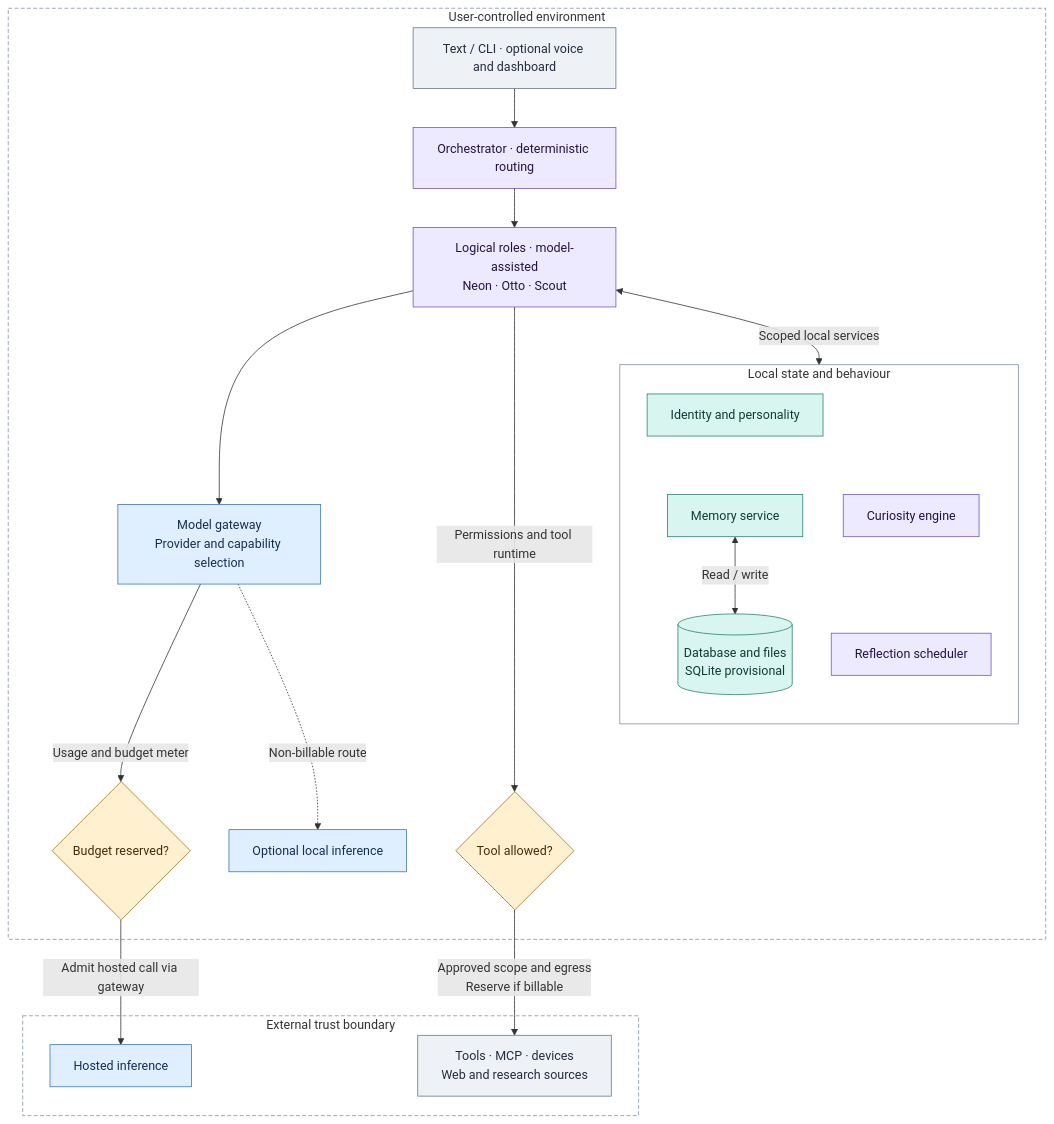
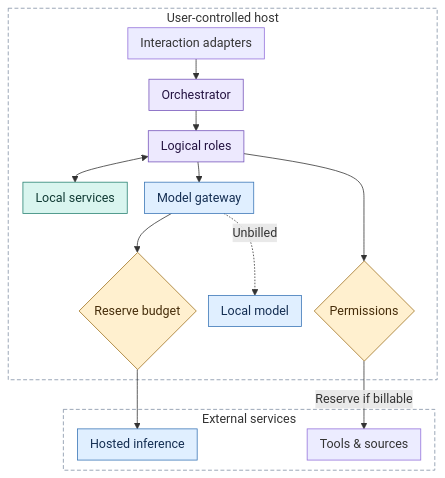
The first of 3 diagrams in docs/ARCHITECTURE.md (nsusheel/Bunny.ai), drawn with Mermaid before and after one commit. The commit also changed other lines of this file and 6 other files, not shown here.

Commit message:
docs: refine architecture visual design and reduce diagram density (#4)

````diff
--- a/docs/ARCHITECTURE.md
+++ b/docs/ARCHITECTURE.md
@@ -26,51 +26,39 @@
 ```mermaid
+---
+config:
+  flowchart:
+    nodeSpacing: 16
+    rankSpacing: 26
+    padding: 8
+    subGraphTitleMargin:
+      bottom: 12
+---
 flowchart TB
     accTitle: Proposed Bunny component architecture
-    accDescr: On the user-controlled host, interaction adapters reach the orchestrator and logical roles. Local services hold context and schedule reflection. Hosted inference needs a budget reservation. External tools and research need permission checks and a reservation when billable.
-    subgraph Local["User-controlled environment"]
-        UI["Text / CLI · optional voice and dashboard"]
-        ORCH["Orchestrator · deterministic routing"]
-        Roles["Logical roles · model-assisted<br/>Neon · Otto · Scout"]
-        subgraph Context["Local state and behaviour"]
-            direction TB
-            Identity["Identity and personality"]
-            Memory["Memory service"]
-            Store[("Database and files<br/>SQLite provisional")]
-            Curiosity["Curiosity engine"]
-            Reflection["Reflection scheduler"]
-            Identity ~~~ Memory
-            Memory <-->|"Read / write"| Store
-            Curiosity ~~~ Reflection
-        end
-        Gateway["Model gateway<br/>Provider and capability selection"]
-        Budget{"Budget reserved?"}
-        Perm{"Tool allowed?"}
-        LocalModel["Optional local inference"]
-        UI --> ORCH --> Roles
-        Roles <-->|"Scoped local services"| Context
-        Roles --> Gateway
-        Roles -->|"Permissions and tool runtime"| Perm
-        Gateway -->|"Usage and budget meter"| Budget
-        Gateway -.->|"Non-billable route"| LocalModel
+    accDescr: Interaction adapters reach deterministic routing and the logical roles. Identity, memory, curiosity and reflection stay on the user-controlled host. Roles use the model gateway and permission runtime. Hosted inference requires a budget reservation. Tool calls require permission, any required approval, and a reservation when billable.
+    subgraph Local["User-controlled host"]
+        UI["Interaction adapters"] --> Core["Orchestrator"] --> Roles["Logical roles"]
+        Roles <--> Context["Local services"]
+        Roles --> G["Model gateway"]
+        Roles --> P{"Permissions"}
+        G -.->|Unbilled| LM["Local model"]
+        G --> B{"Reserve budget"}
     end
-    subgraph Outside["External trust boundary"]
-        Hosted["Hosted inference"]
-        Tools["Tools · MCP · devices<br/>Web and research sources"]
+    subgraph External["External services"]
+        H["Hosted inference"]
+        T["Tools &amp; sources"]
     end
-    Budget -->|"Admit hosted call via gateway"| Hosted
-    Perm -->|"Approved scope and egress<br/>Reserve if billable"| Tools
+    B --> H
+    P -->|Reserve if billable| T
 
     classDef core fill:#ede9fe,stroke:#7554ba,color:#241341
     classDef state fill:#d9f5ef,stroke:#268171,color:#103a34
     classDef model fill:#e0efff,stroke:#3975b6,color:#142e52
     classDef gate fill:#fff0cf,stroke:#9d701d,color:#462d0a
-    classDef neutral fill:#eef1f5,stroke:#67768a,color:#222d3d
     style Local fill:transparent,stroke:#8090a4,stroke-dasharray:5 3
-    style Outside fill:transparent,stroke:#8090a4,stroke-dasharray:5 3
-    style Context fill:transparent,stroke:#8090a4
-    class ORCH,Roles,Curiosity,Reflection core
-    class Identity,Memory,Store state
-    class Gateway,Hosted,LocalModel model
-    class Budget,Perm gate
-    class UI,Tools neutral
+    style External fill:transparent,stroke:#8090a4,stroke-dasharray:5 3
+    class Core,Roles core
+    class Context state
+    class G,LM,H model
+    class P,B gate
 ```
````
